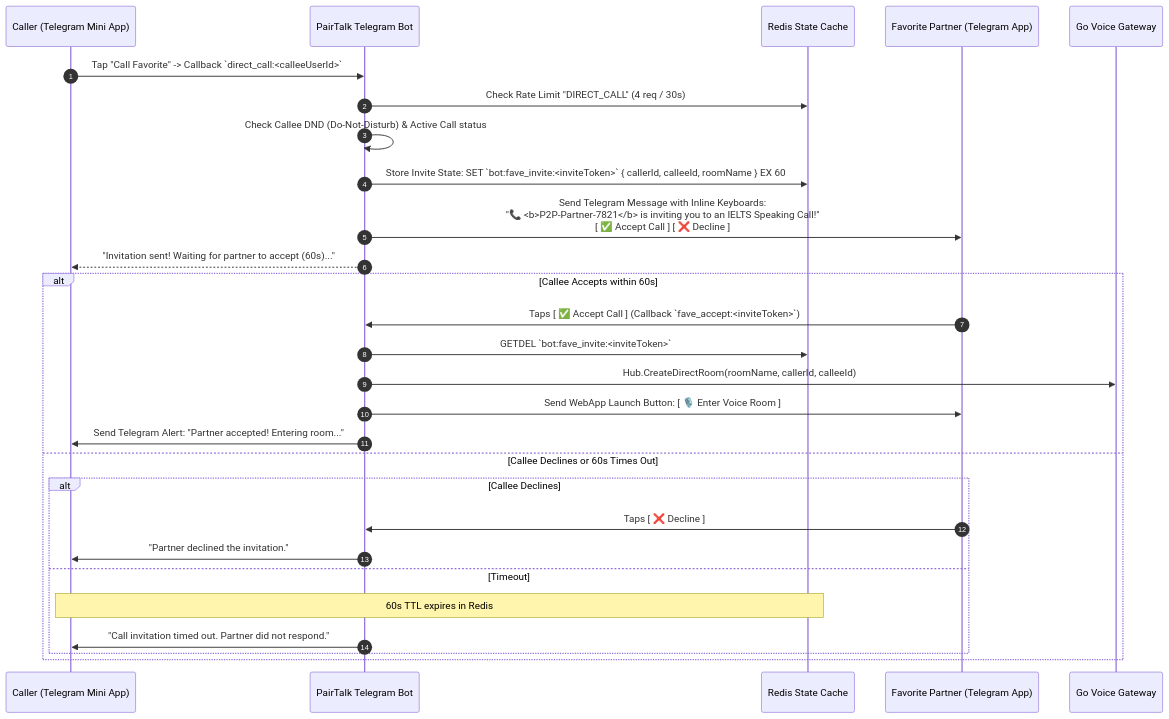
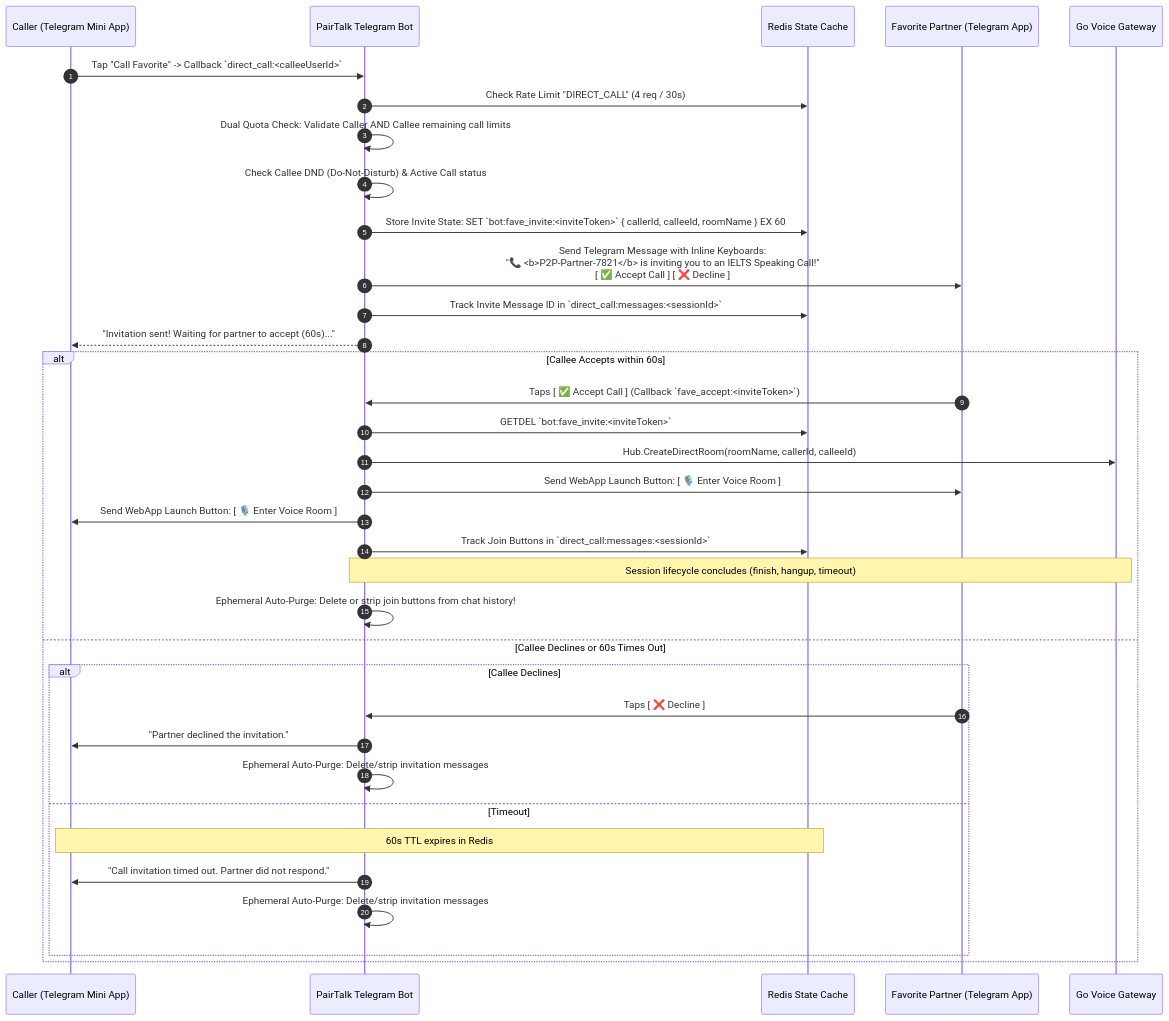
The third of 5 diagrams in docs/CIRCULATION_WORKFLOWS.md (abdumutolib-404/telegram-p2p-voice-call), drawn with Mermaid before and after one commit. The commit also changed 5 other files, not shown here.

````diff
--- a/docs/CIRCULATION_WORKFLOWS.md
+++ b/docs/CIRCULATION_WORKFLOWS.md
@@ -112,32 +112,39 @@
 ```mermaid
 sequenceDiagram
     autonumber
     participant Caller as Caller (Telegram Mini App)
     participant Bot as PairTalk Telegram Bot
     participant Redis as Redis State Cache
     participant Callee as Favorite Partner (Telegram App)
     participant GW as Go Voice Gateway
 
     Caller->>Bot: Tap "Call Favorite" -> Callback `direct_call:<calleeUserId>`
     Bot->>Redis: Check Rate Limit "DIRECT_CALL" (4 req / 30s)
+    Bot->>Bot: Dual Quota Check: Validate Caller AND Callee remaining call limits
     Bot->>Bot: Check Callee DND (Do-Not-Disturb) & Active Call status
     Bot->>Redis: Store Invite State: SET `bot:fave_invite:<inviteToken>` { callerId, calleeId, roomName } EX 60
     Bot->>Callee: Send Telegram Message with Inline Keyboards:<br/>"📞 <b>P2P-Partner-7821</b> is inviting you to an IELTS Speaking Call!"<br/>[ ✅ Accept Call ] [ ❌ Decline ]
+    Bot->>Redis: Track Invite Message ID in `direct_call:messages:<sessionId>`
     Bot-->>Caller: "Invitation sent! Waiting for partner to accept (60s)..."
 
     alt Callee Accepts within 60s
         Callee->>Bot: Taps [ ✅ Accept Call ] (Callback `fave_accept:<inviteToken>`)
         Bot->>Redis: GETDEL `bot:fave_invite:<inviteToken>`
         Bot->>GW: Hub.CreateDirectRoom(roomName, callerId, calleeId)
         Bot->>Callee: Send WebApp Launch Button: [ 🎙️ Enter Voice Room ]
-        Bot->>Caller: Send Telegram Alert: "Partner accepted! Entering room..."
+        Bot->>Caller: Send WebApp Launch Button: [ 🎙️ Enter Voice Room ]
+        Bot->>Redis: Track Join Buttons in `direct_call:messages:<sessionId>`
+        Note over Bot,GW: Session lifecycle concludes (finish, hangup, timeout)
+        Bot->>Bot: Ephemeral Auto-Purge: Delete or strip join buttons from chat history!
     else Callee Declines or 60s Times Out
         alt Callee Declines
             Callee->>Bot: Taps [ ❌ Decline ]
             Bot->>Caller: "Partner declined the invitation."
+            Bot->>Bot: Ephemeral Auto-Purge: Delete/strip invitation messages
         else Timeout
             Note over Redis,Caller: 60s TTL expires in Redis
             Bot->>Caller: "Call invitation timed out. Partner did not respond."
+            Bot->>Bot: Ephemeral Auto-Purge: Delete/strip invitation messages
         end
     end
 ```
````
